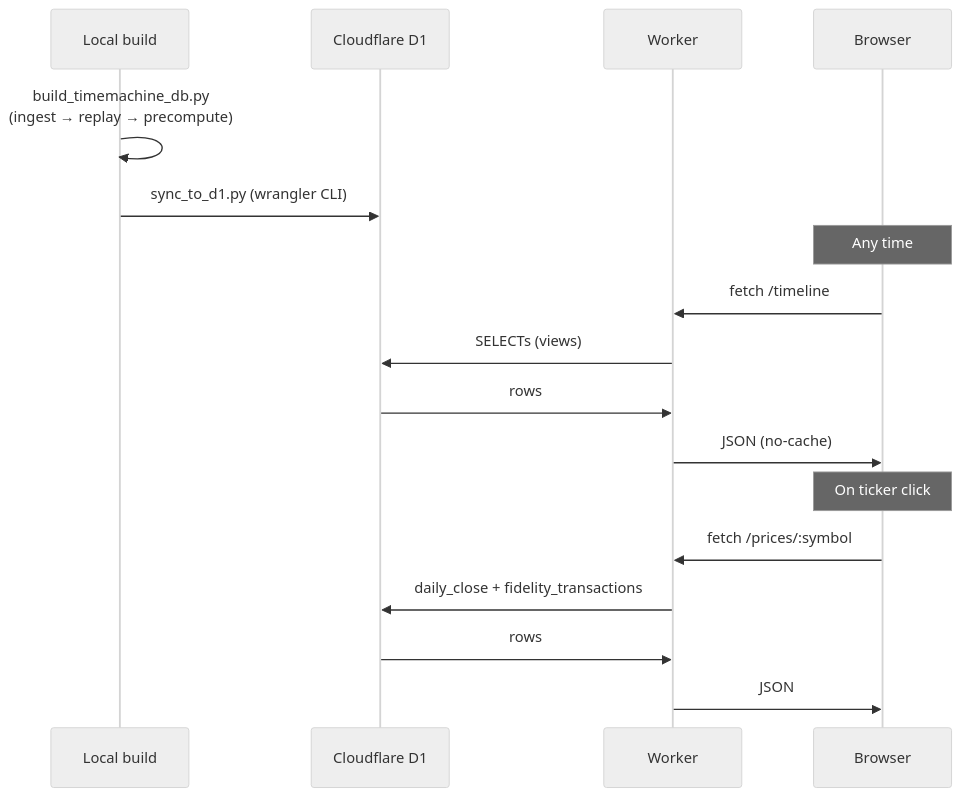
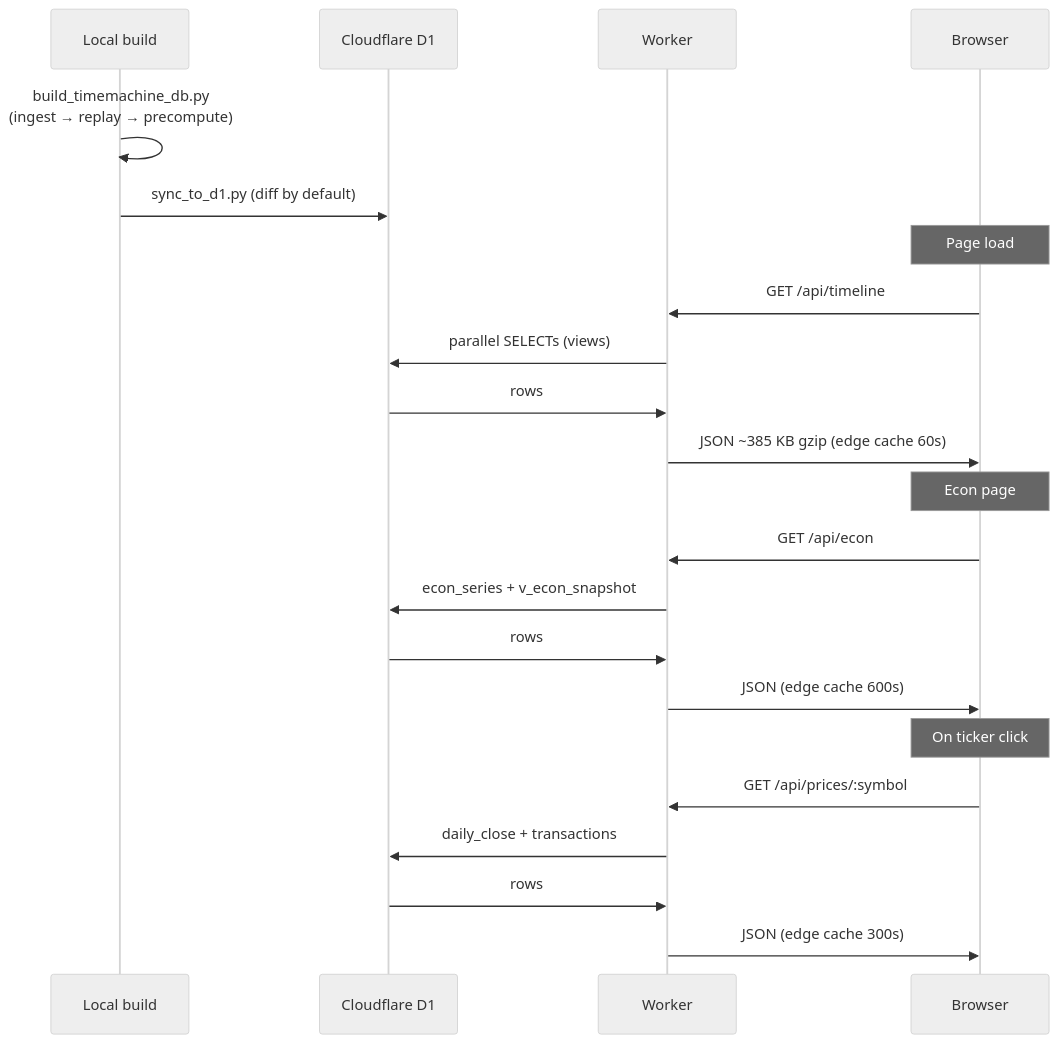
One commit to Guoyuer/portal changed the third of 4 diagrams in README.md. Above: the diagram before and after it, drawn with Mermaid (neutral theme). The commit also changed other lines of this file and 14 other files, not shown here.

````diff
--- a/README.md
+++ b/README.md
@@ -119,22 +123,28 @@
 ```mermaid
 sequenceDiagram
     participant Local as Local build
     participant D1 as Cloudflare D1
     participant Worker as Worker
     participant User as Browser
 
     Local->>Local: build_timemachine_db.py<br/>(ingest → replay → precompute)
-    Local->>D1: sync_to_d1.py (wrangler CLI)
+    Local->>D1: sync_to_d1.py (diff by default)
 
-    Note over User: Any time
-    User->>Worker: fetch /timeline
-    Worker->>D1: SELECTs (views)
+    Note over User: Page load
+    User->>Worker: GET /api/timeline
+    Worker->>D1: parallel SELECTs (views)
     D1->>Worker: rows
-    Worker->>User: JSON (no-cache)
+    Worker->>User: JSON ~385 KB gzip (edge cache 60s)
+
+    Note over User: Econ page
+    User->>Worker: GET /api/econ
+    Worker->>D1: econ_series + v_econ_snapshot
+    D1->>Worker: rows
+    Worker->>User: JSON (edge cache 600s)
 
     Note over User: On ticker click
-    User->>Worker: fetch /prices/:symbol
-    Worker->>D1: daily_close + fidelity_transactions
+    User->>Worker: GET /api/prices/:symbol
+    Worker->>D1: daily_close + transactions
     D1->>Worker: rows
-    Worker->>User: JSON
+    Worker->>User: JSON (edge cache 300s)
 ```
````
